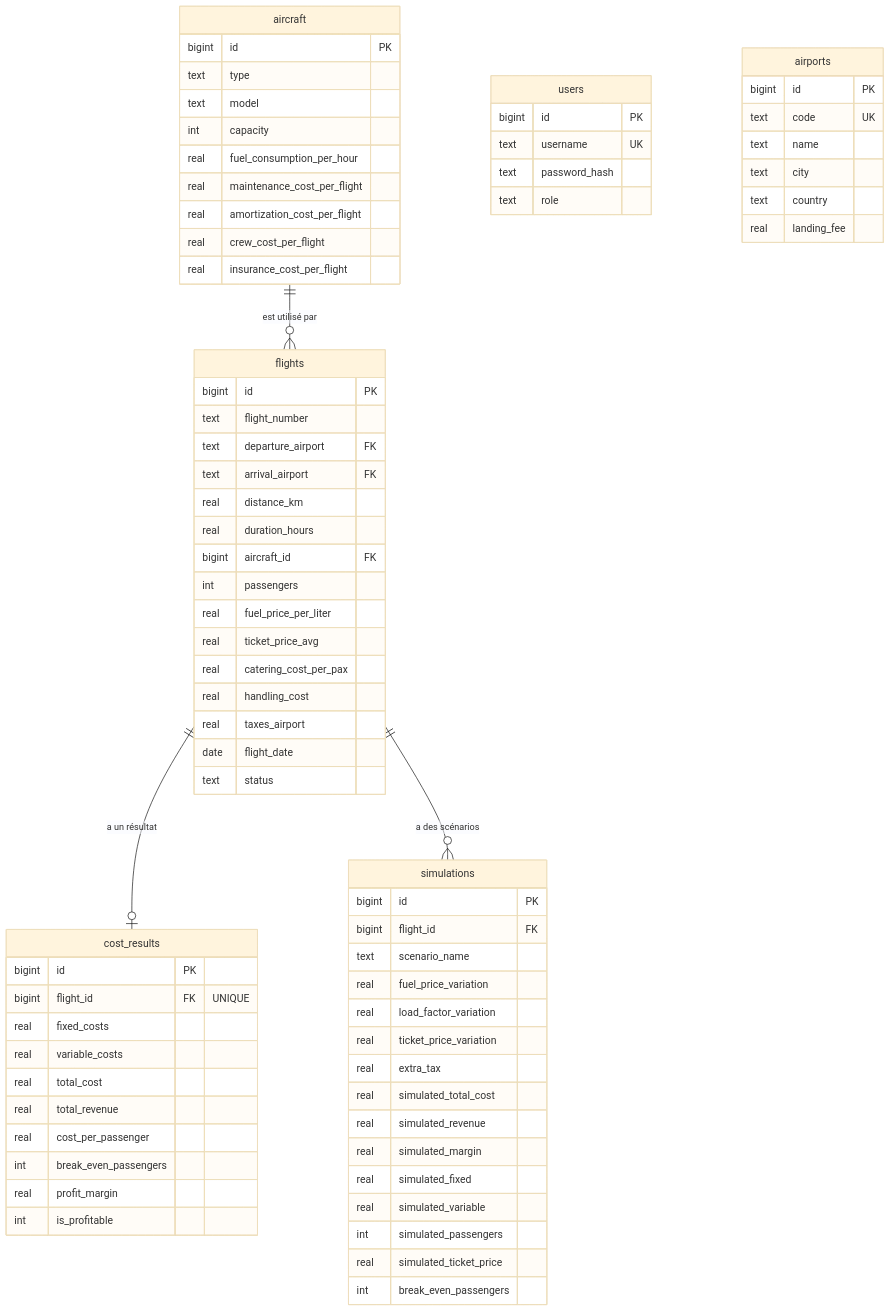
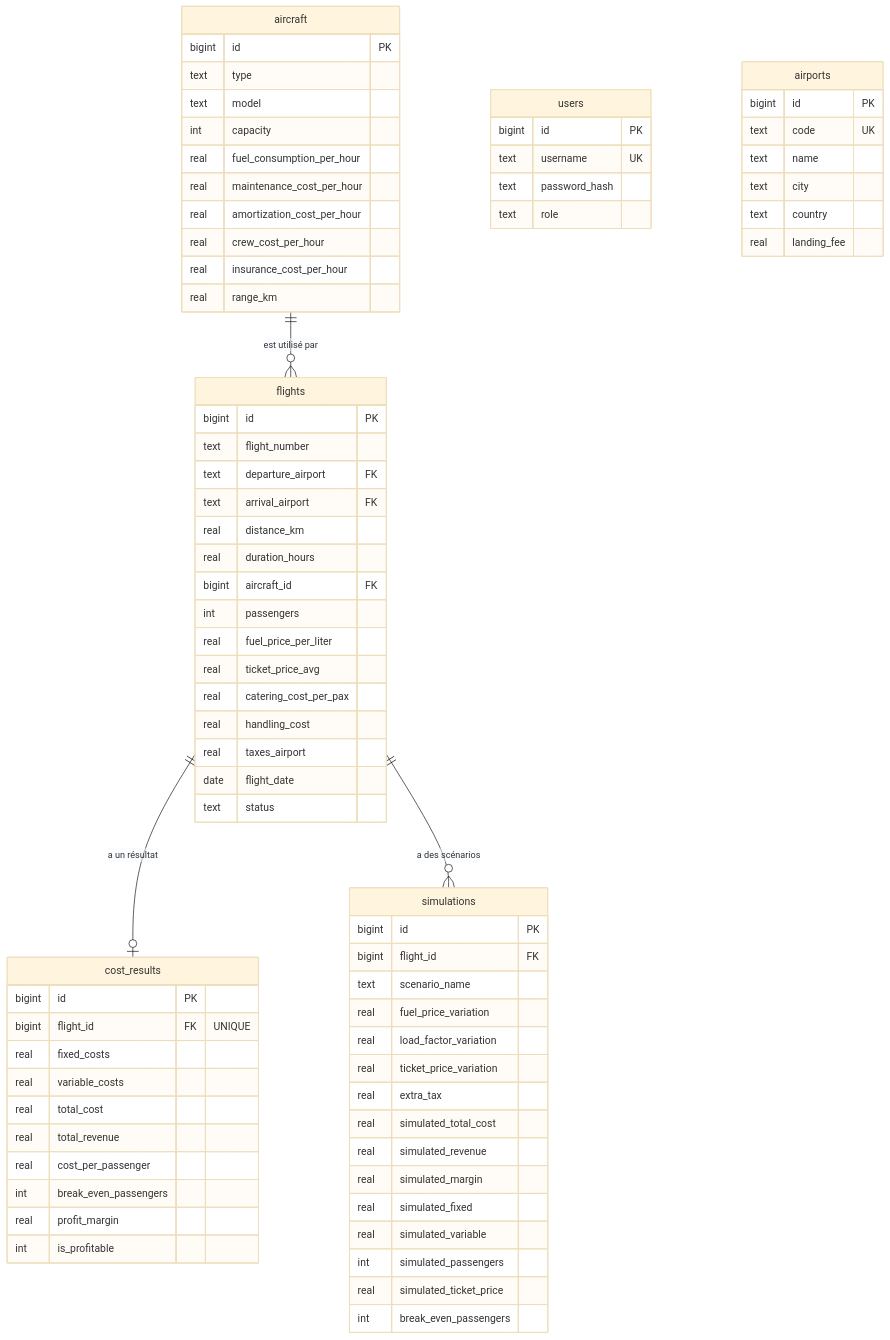
One commit to salahadam036-dot/ram-flight-cost-calculator changed the diagram in docs/architecture.md. Above: the diagram before and after it, drawn with Mermaid (base theme). The commit also changed other lines of this file and 16 other files, not shown here.

````diff
--- a/docs/architecture.md
+++ b/docs/architecture.md
@@ -62,77 +62,78 @@
 ```mermaid
 erDiagram
     aircraft ||--o{ flights : "est utilisé par"
     flights ||--o| cost_results : "a un résultat"
     flights ||--o{ simulations : "a des scénarios"
     users {
         bigint id PK
         text username UK
         text password_hash
         text role
     }
     aircraft {
         bigint id PK
         text type
         text model
         int capacity
         real fuel_consumption_per_hour
-        real maintenance_cost_per_flight
-        real amortization_cost_per_flight
-        real crew_cost_per_flight
-        real insurance_cost_per_flight
+        real maintenance_cost_per_hour
+        real amortization_cost_per_hour
+        real crew_cost_per_hour
+        real insurance_cost_per_hour
+        real range_km
     }
     airports {
         bigint id PK
         text code UK
         text name
         text city
         text country
         real landing_fee
     }
     flights {
         bigint id PK
         text flight_number
         text departure_airport FK
         text arrival_airport FK
         real distance_km
         real duration_hours
         bigint aircraft_id FK
         int passengers
         real fuel_price_per_liter
         real ticket_price_avg
         real catering_cost_per_pax
         real handling_cost
         real taxes_airport
         date flight_date
         text status
     }
     cost_results {
         bigint id PK
         bigint flight_id FK "UNIQUE"
         real fixed_costs
         real variable_costs
         real total_cost
         real total_revenue
         real cost_per_passenger
         int break_even_passengers
         real profit_margin
         int is_profitable
     }
     simulations {
         bigint id PK
         bigint flight_id FK
         text scenario_name
         real fuel_price_variation
         real load_factor_variation
         real ticket_price_variation
         real extra_tax
         real simulated_total_cost
         real simulated_revenue
         real simulated_margin
         real simulated_fixed
         real simulated_variable
         int simulated_passengers
         real simulated_ticket_price
         int break_even_passengers
     }
 ```
````
